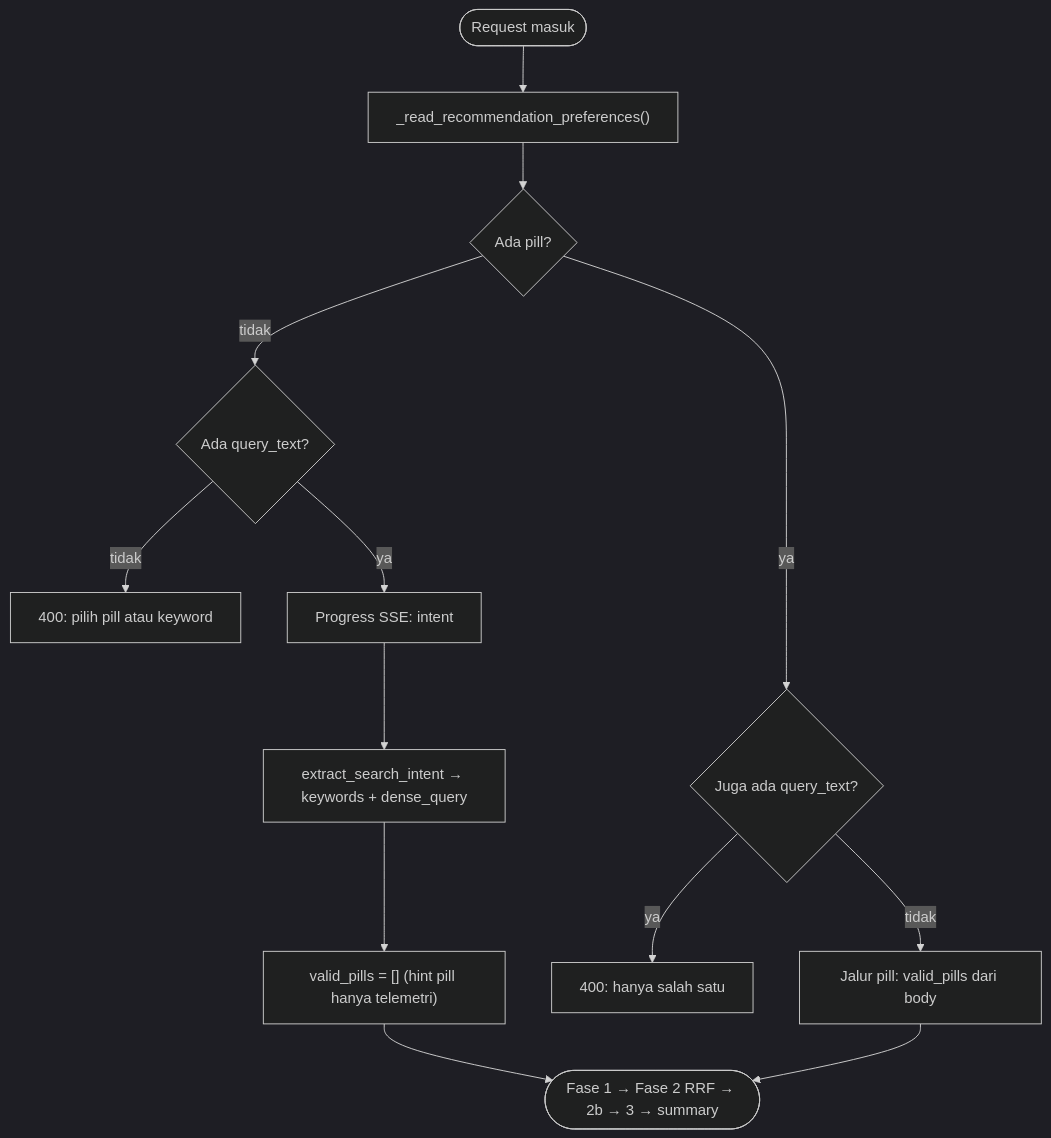
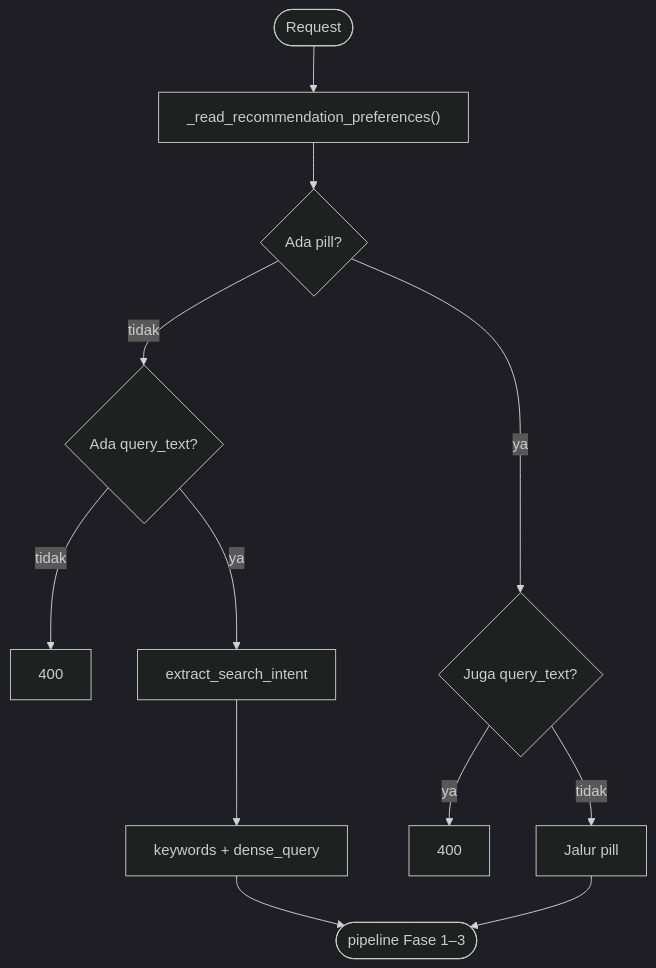
One commit to Viliora/COFIND changed the second of 2 diagrams in docs/recommendation-pipeline.md. Above: the diagram before and after it, drawn with Mermaid (dark theme). The commit also changed other lines of this file and 182 other files, not shown here.

````diff
--- a/docs/recommendation-pipeline.md
+++ b/docs/recommendation-pipeline.md
@@ -54,18 +62,14 @@
 ```mermaid
 flowchart TD
-  START([Request masuk]) --> READ["_read_recommendation_preferences()"]
+  START([Request]) --> READ["_read_recommendation_preferences()"]
   READ --> V1{Ada pill?}
   V1 -->|tidak| V2{Ada query_text?}
-  V2 -->|tidak| E400[400: pilih pill atau keyword]
-  V1 -->|ya| V3{Juga ada query_text?}
-  V3 -->|ya| E400b[400: hanya salah satu]
-  V3 -->|tidak| PILL[Jalur pill: valid_pills dari body]
-  V2 -->|ya| INTENT[Progress SSE: intent]
-
-  INTENT --> LLM1["extract_search_intent → keywords + dense_query"]
-  LLM1 --> FT["valid_pills = [] (hint pill hanya telemetri)"]
-  PILL --> PIPE
+  V2 -->|tidak| E400[400]
+  V1 -->|ya| V3{Juga query_text?}
+  V3 -->|ya| E400b[400]
+  V3 -->|tidak| PILL[Jalur pill]
+  V2 -->|ya| INTENT[extract_search_intent]
+  INTENT --> FT[keywords + dense_query]
+  PILL --> PIPE([pipeline Fase 1–3])
   FT --> PIPE
-
-  PIPE([Fase 1 → Fase 2 RRF → 2b → 3 → summary])
 ```
````
